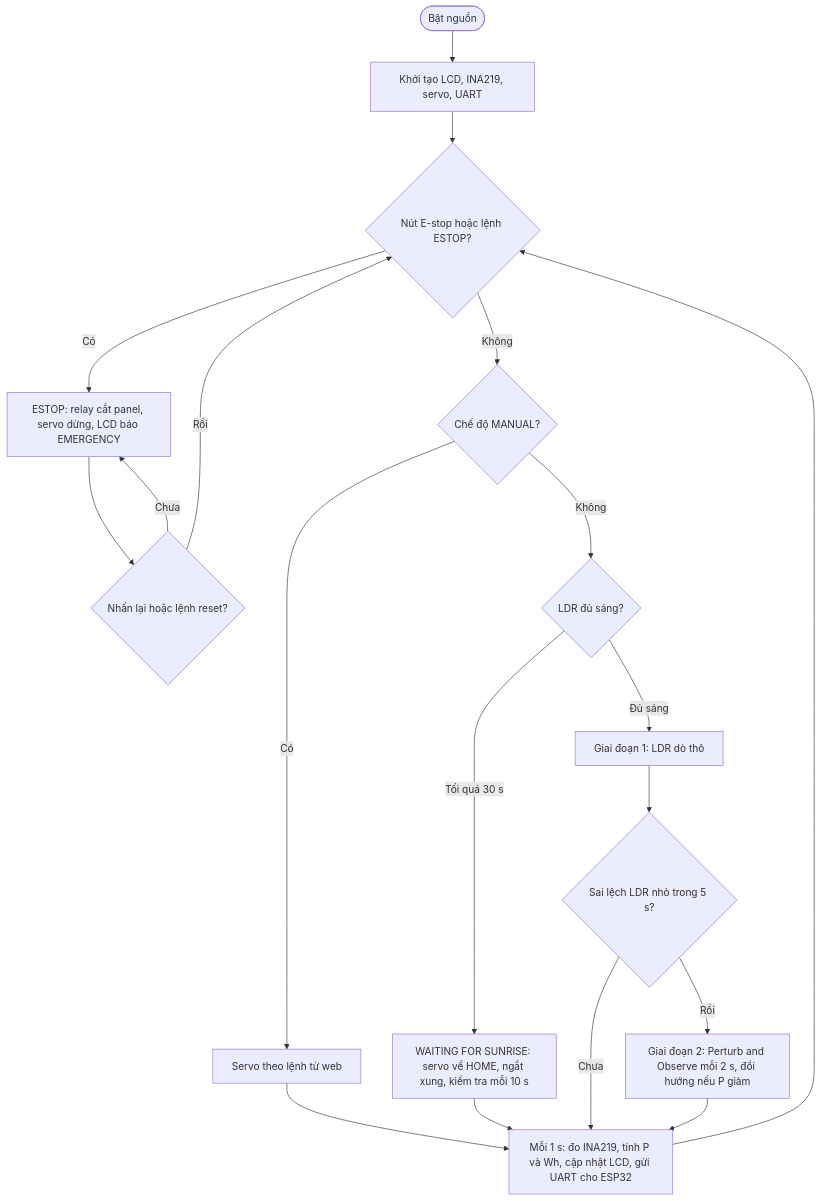
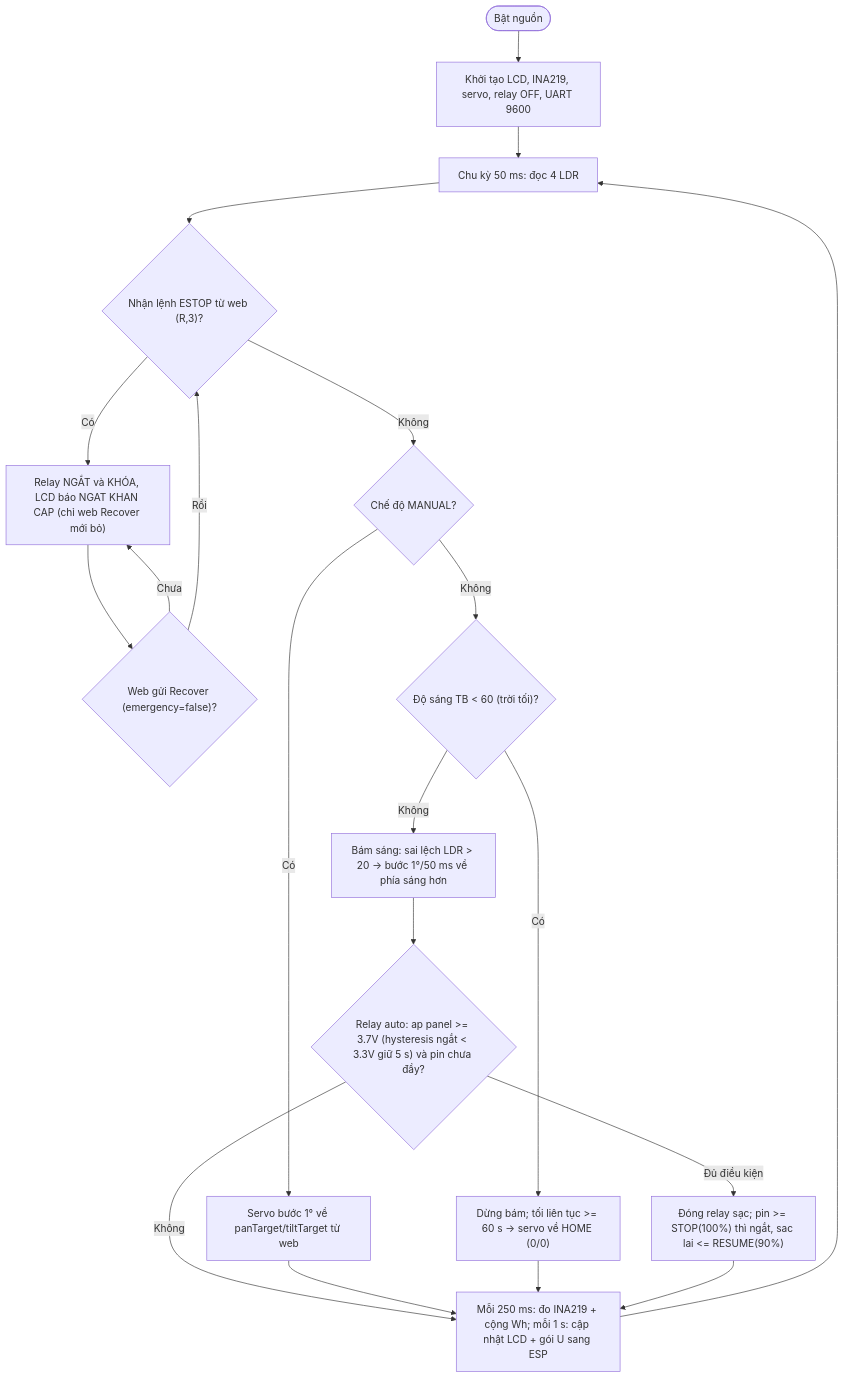
Before and after one commit to MaxxAlan/SolarController: the second of 2 diagrams in README.md, drawn with Mermaid. The commit also changed other lines of this file and 18 other files, not shown here.

````diff
--- a/README.md
+++ b/README.md
@@ -192,19 +44,22 @@
 ```mermaid
 flowchart TD
-  S(["Bật nguồn"]) --> I["Khởi tạo LCD, INA219, servo, UART"]
-  I --> E{"Nút E-stop hoặc lệnh ESTOP?"}
-  E -- Có --> ES["ESTOP: relay cắt panel, servo dừng, LCD báo EMERGENCY"]
-  ES --> R{"Nhấn lại hoặc lệnh reset?"}
+  S(["Bật nguồn"]) --> I["Khởi tạo LCD, INA219, servo, relay OFF, UART 9600"]
+  I --> L["Chu kỳ 50 ms: đọc 4 LDR"]
+  L --> E{"Nhận lệnh ESTOP từ web (R,3)?"}
+  E -- Có --> ES["Relay NGẮT và KHÓA, LCD báo NGAT KHAN CAP (chỉ web Recover mới bỏ)"]
+  ES --> R{"Web gửi Recover (emergency=false)?"}
   R -- Chưa --> ES
   R -- Rồi --> E
   E -- Không --> M{"Chế độ MANUAL?"}
-  M -- Có --> MA["Servo theo lệnh từ web"] --> D
-  M -- Không --> L{"LDR đủ sáng?"}
-  L -- Tối quá 30 s --> W["WAITING FOR SUNRISE: servo về HOME, ngắt xung, kiểm tra mỗi 10 s"] --> D
-  L -- Đủ sáng --> T1["Giai đoạn 1: LDR dò thô"]
-  T1 --> OK{"Sai lệch LDR nhỏ trong 5 s?"}
-  OK -- Chưa --> D
-  OK -- Rồi --> PO["Giai đoạn 2: Perturb and Observe mỗi 2 s, đổi hướng nếu P giảm"]
-  PO --> D
-  D["Mỗi 1 s: đo INA219, tính P và Wh, cập nhật LCD, gửi UART cho ESP32"] --> E
+  M -- Có --> MA["Servo bước 1° về panTarget/tiltTarget từ web"]
+  M -- Không --> N{"Độ sáng TB < 60 (trời tối)?"}
+  N -- Có --> W["Dừng bám; tối liên tục >= 60 s -> servo về HOME (0/0)"]
+  N -- Không --> T["Bám sáng: sai lệch LDR > 20 -> bước 1°/50 ms về phía sáng hơn"]
+  T --> G{"Relay auto: ap panel >= 3.7V (hysteresis ngắt < 3.3V giữ 5 s) và pin chưa đầy?"}
+  G -- Đủ điều kiện --> RD["Đóng relay sạc; pin >= STOP(100%) thì ngắt, sac lai <= RESUME(90%)"]
+  G -- Không --> LOOP
+  MA --> LOOP
+  W --> LOOP
+  RD --> LOOP
+  LOOP["Mỗi 250 ms: đo INA219 + cộng Wh; mỗi 1 s: cập nhật LCD + gói U sang ESP"] --> L
 ```
````
